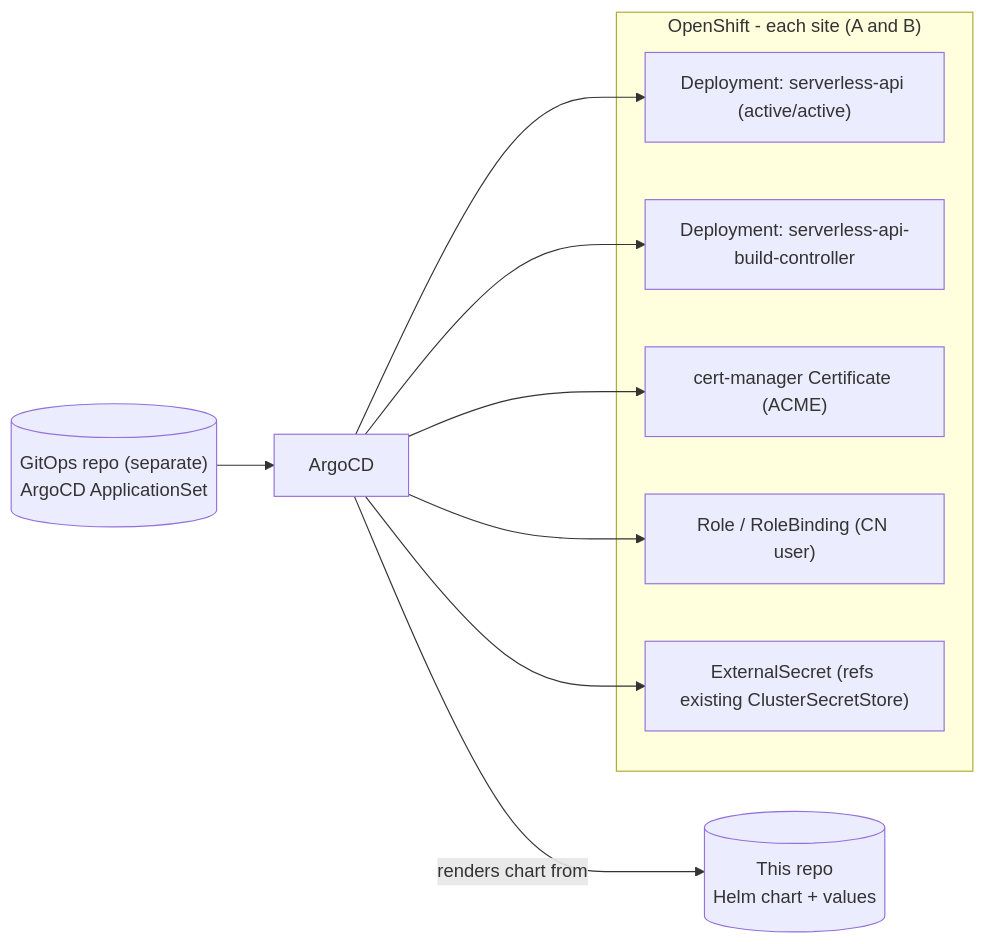
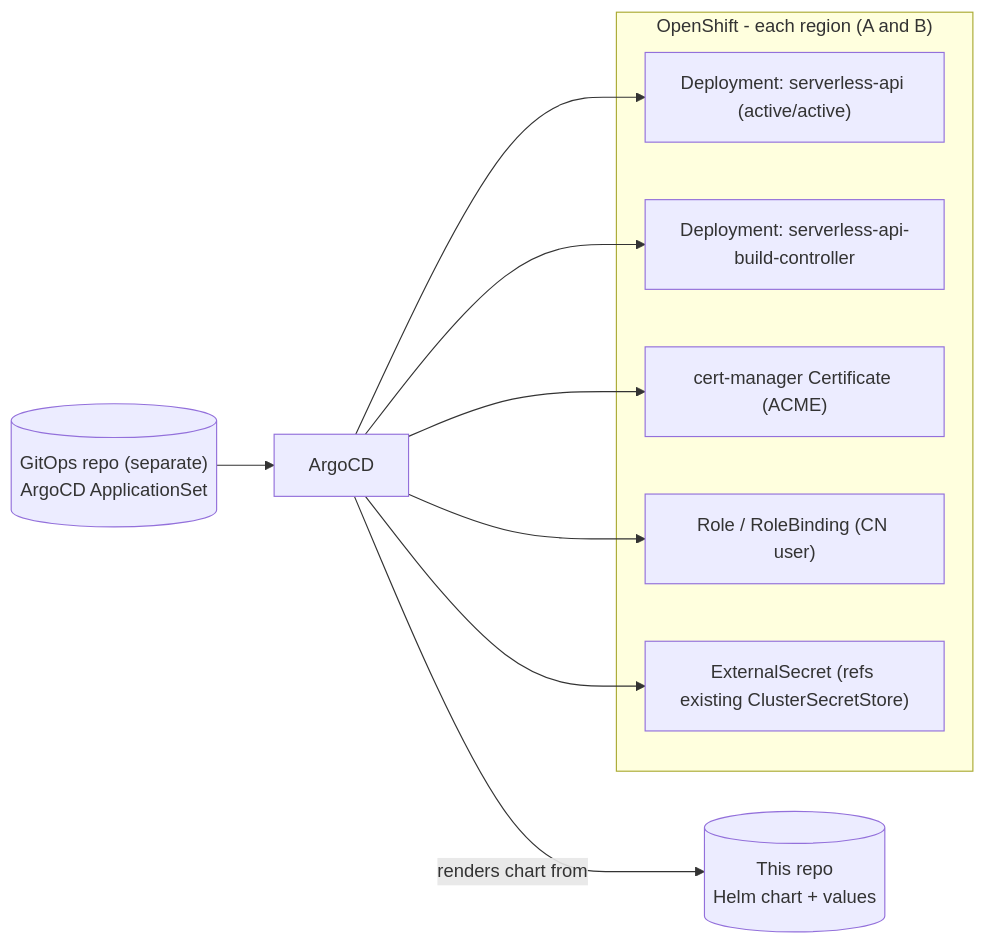
Before and after one commit to black-cloudlet/serverless: the diagram in docs/DEPLOYING.md, drawn with Mermaid. The commit also changed other lines of this file and 73 other files, not shown here.

First line of the commit message:
Rename site to region on every surface (#53)

````diff
--- a/docs/DEPLOYING.md
+++ b/docs/DEPLOYING.md
@@ -19,20 +19,20 @@
 ```mermaid
 flowchart LR
     GITAPP[("GitOps repo (separate)<br/>ArgoCD ApplicationSet")]
     GITHELM[("This repo<br/>Helm chart + values")]
     ARGO["ArgoCD"]
-    subgraph Cluster["OpenShift - each site (A and B)"]
+    subgraph Cluster["OpenShift - each region (A and B)"]
         DEP["Deployment: serverless-api (active/active)"]
         BC["Deployment: serverless-api-build-controller"]
         CERT["cert-manager Certificate (ACME)"]
         RBAC["Role / RoleBinding (CN user)"]
         ESOC["ExternalSecret (refs existing ClusterSecretStore)"]
     end
     GITAPP --> ARGO
     ARGO -->|renders chart from| GITHELM
     ARGO --> DEP
     ARGO --> BC
     ARGO --> CERT
     ARGO --> RBAC
     ARGO --> ESOC
 ```
````
